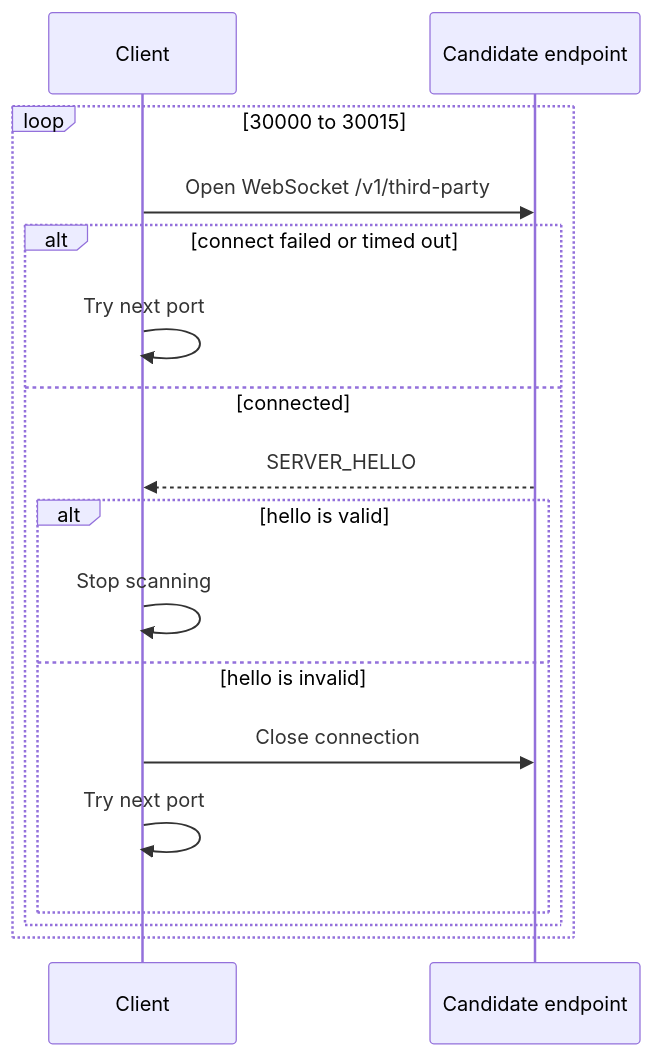
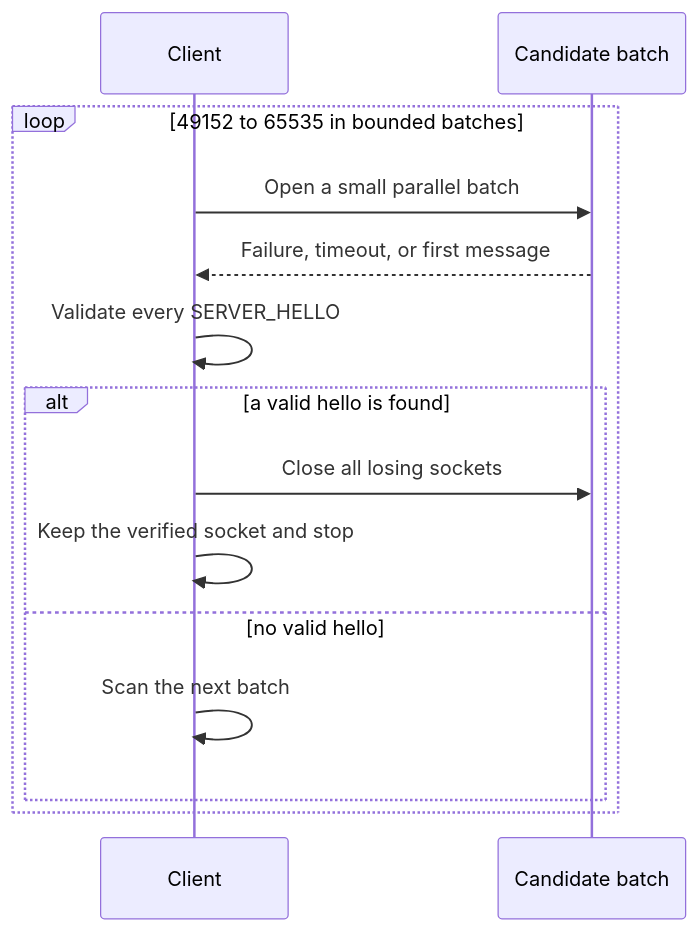
Before and after one commit to liangpeiran-bit/tiktok-live-studio-local-data-access: the first of 2 diagrams in docs/protocol/connection.md, drawn with Mermaid. The commit also changed other lines of this file and 18 other files, not shown here.

````diff
--- a/docs/protocol/connection.md
+++ b/docs/protocol/connection.md
@@ -22,20 +22,17 @@
 ```mermaid
 sequenceDiagram
   participant C as Client
-  participant E as Candidate endpoint
+  participant B as Candidate batch
 
-  loop 30000 to 30015
-    C->>E: Open WebSocket /v1/third-party
-    alt connect failed or timed out
-      C->>C: Try next port
-    else connected
-      E-->>C: SERVER_HELLO
-      alt hello is valid
-        C->>C: Stop scanning
-      else hello is invalid
-        C->>E: Close connection
-        C->>C: Try next port
-      end
+  loop 49152 to 65535 in bounded batches
+    C->>B: Open a small parallel batch
+    B-->>C: Failure, timeout, or first message
+    C->>C: Validate every SERVER_HELLO
+    alt a valid hello is found
+      C->>B: Close all losing sockets
+      C->>C: Keep the verified socket and stop
+    else no valid hello
+      C->>C: Scan the next batch
     end
   end
 ```
````
